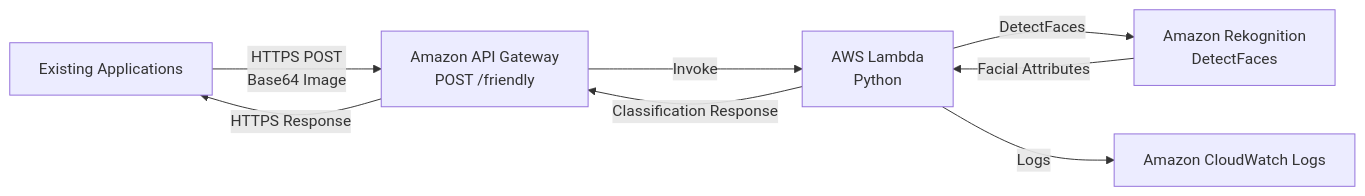
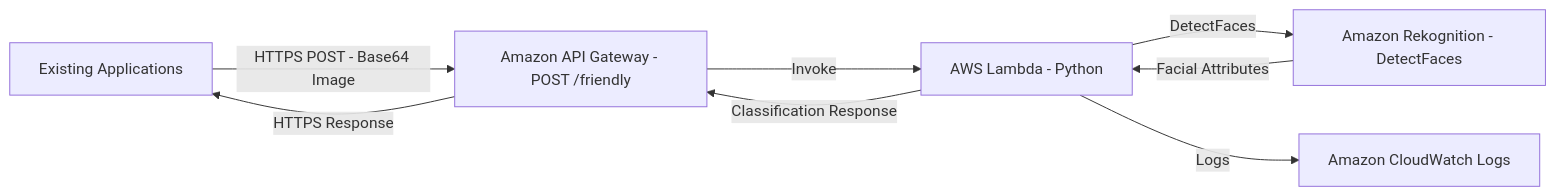
One commit to aliaagamall/cloud-projects changed the first of 12 diagrams in 02-image-analyzer/docs/architecture.md. Above: the diagram before and after it, drawn with Mermaid. The commit also changed other lines of this file, not shown here.

Commit message:
fix(architecture): correct GitHub Mermaid diagrams

````diff
--- a/02-image-analyzer/docs/architecture.md
+++ b/02-image-analyzer/docs/architecture.md
@@ -23,21 +23,16 @@
 ```mermaid
 flowchart LR
-    CLIENT[Existing Applications]
+    CLIENT["Existing Applications"]
+    APIGW["Amazon API Gateway - POST /friendly"]
+    LAMBDA["AWS Lambda - Python"]
+    REK["Amazon Rekognition - DetectFaces"]
+    CW["Amazon CloudWatch Logs"]
 
-    APIGW[Amazon API Gateway<br/>POST /friendly]
-
-    LAMBDA[AWS Lambda<br/>Python]
-
-    REK[Amazon Rekognition<br/>DetectFaces]
-
-    CW[Amazon CloudWatch Logs]
-
-    CLIENT -->|HTTPS POST<br/>Base64 Image| APIGW
-    APIGW -->|Invoke| LAMBDA
-    LAMBDA -->|DetectFaces| REK
-    REK -->|Facial Attributes| LAMBDA
-    LAMBDA -->|Classification Response| APIGW
-    APIGW -->|HTTPS Response| CLIENT
-
-    LAMBDA -->|Logs| CW
+    CLIENT -->|"HTTPS POST - Base64 Image"| APIGW
+    APIGW -->|"Invoke"| LAMBDA
+    LAMBDA -->|"DetectFaces"| REK
+    REK -->|"Facial Attributes"| LAMBDA
+    LAMBDA -->|"Classification Response"| APIGW
+    APIGW -->|"HTTPS Response"| CLIENT
+    LAMBDA -->|"Logs"| CW
 ```
````
